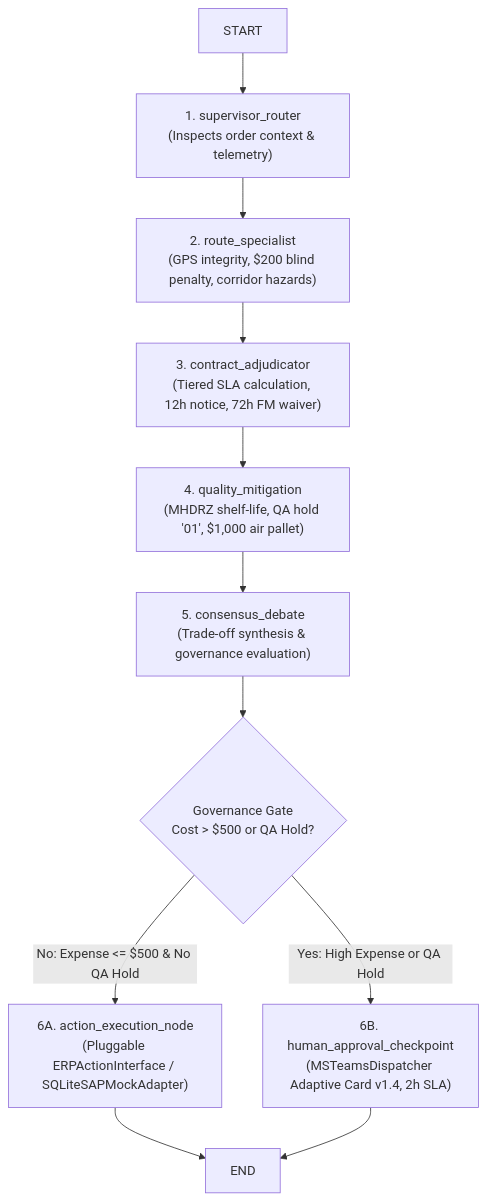
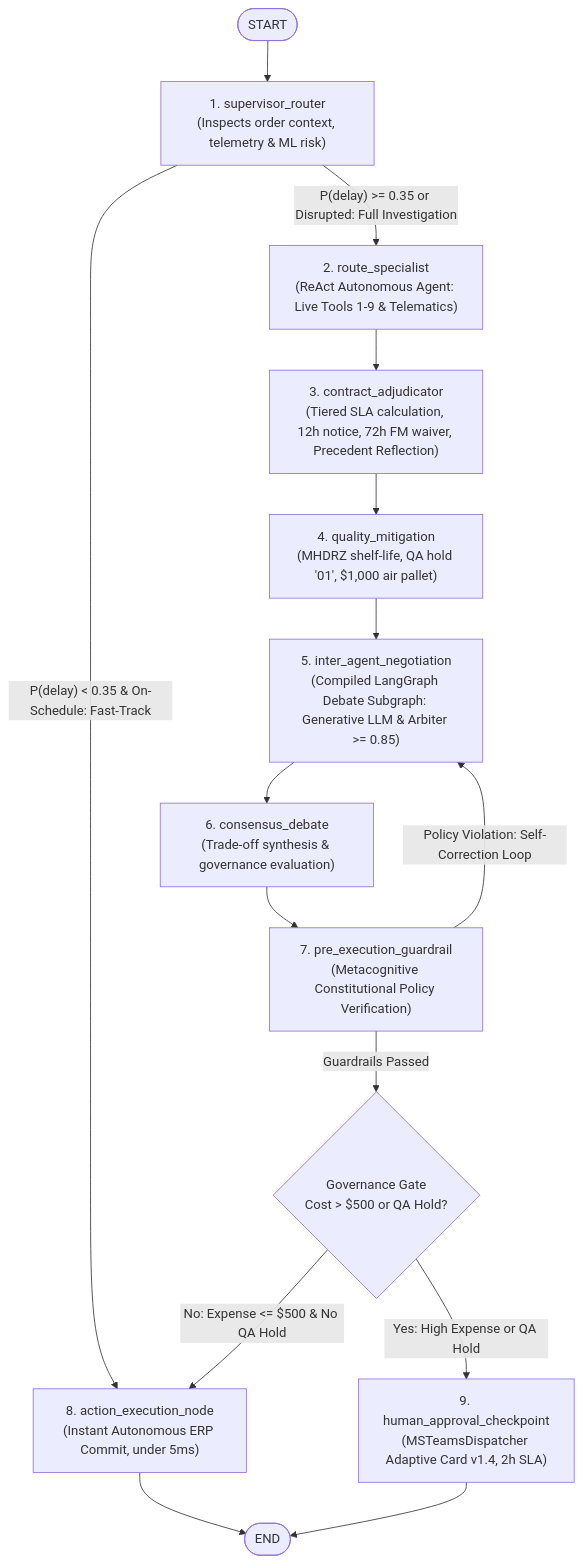
The seventh of 8 diagrams in O2C_AI_SYSTEM_COMPLETE_MASTER_SPECIFICATION.md (Az-har/O2C_AI), drawn with Mermaid before and after one commit. The commit also changed other lines of this file and 65 other files, not shown here.

````diff
--- a/O2C_AI_SYSTEM_COMPLETE_MASTER_SPECIFICATION.md
+++ b/O2C_AI_SYSTEM_COMPLETE_MASTER_SPECIFICATION.md
@@ -1423,16 +1446,22 @@
 ```mermaid
 graph TD
-    START --> Node1["1. supervisor_router<br/>(Inspects order context & telemetry)"]
-    Node1 --> Node2["2. route_specialist<br/>(GPS integrity, $200 blind penalty, corridor hazards)"]
-    Node2 --> Node3["3. contract_adjudicator<br/>(Tiered SLA calculation, 12h notice, 72h FM waiver)"]
+    startNode(["START"]) --> Node1["1. supervisor_router<br/>(Inspects order context, telemetry & ML risk)"]
+    
+    Node1 -->|"P(delay) < 0.35 & On-Schedule: Fast-Track"| Node8["8. action_execution_node<br/>(Instant Autonomous ERP Commit, under 5ms)"]
+    Node1 -->|"P(delay) >= 0.35 or Disrupted: Full Investigation"| Node2["2. route_specialist<br/>(ReAct Autonomous Agent: Live Tools 1-9 & Telematics)"]
+    
+    Node2 --> Node3["3. contract_adjudicator<br/>(Tiered SLA calculation, 12h notice, 72h FM waiver, Precedent Reflection)"]
     Node3 --> Node4["4. quality_mitigation<br/>(MHDRZ shelf-life, QA hold '01', $1,000 air pallet)"]
-    Node4 --> Node5["5. consensus_debate<br/>(Trade-off synthesis & governance evaluation)"]
+    Node4 --> Node5["5. inter_agent_negotiation<br/>(Compiled LangGraph Debate Subgraph: Generative LLM & Arbiter >= 0.85)"]
+    Node5 --> Node6["6. consensus_debate<br/>(Trade-off synthesis & governance evaluation)"]
+    Node6 --> Node7["7. pre_execution_guardrail<br/>(Metacognitive Constitutional Policy Verification)"]
     
-    Node5 --> Check{"Governance Gate<br/>Cost > $500 or QA Hold?"}
+    Node7 -->|"Policy Violation: Self-Correction Loop"| Node5
+    Node7 -->|"Guardrails Passed"| Check{"Governance Gate<br/>Cost > $500 or QA Hold?"}
     
-    Check -->|No: Expense <= $500 & No QA Hold| Node6A["6A. action_execution_node<br/>(Pluggable ERPActionInterface / SQLiteSAPMockAdapter)"]
-    Check -->|Yes: High Expense or QA Hold| Node6B["6B. human_approval_checkpoint<br/>(MSTeamsDispatcher Adaptive Card v1.4, 2h SLA)"]
+    Check -->|"No: Expense <= $500 & No QA Hold"| Node8
+    Check -->|"Yes: High Expense or QA Hold"| Node9["9. human_approval_checkpoint<br/>(MSTeamsDispatcher Adaptive Card v1.4, 2h SLA)"]
     
-    Node6A --> END
-    Node6B --> END
+    Node8 --> endNode(["END"])
+    Node9 --> endNode(["END"])
 ```
````
